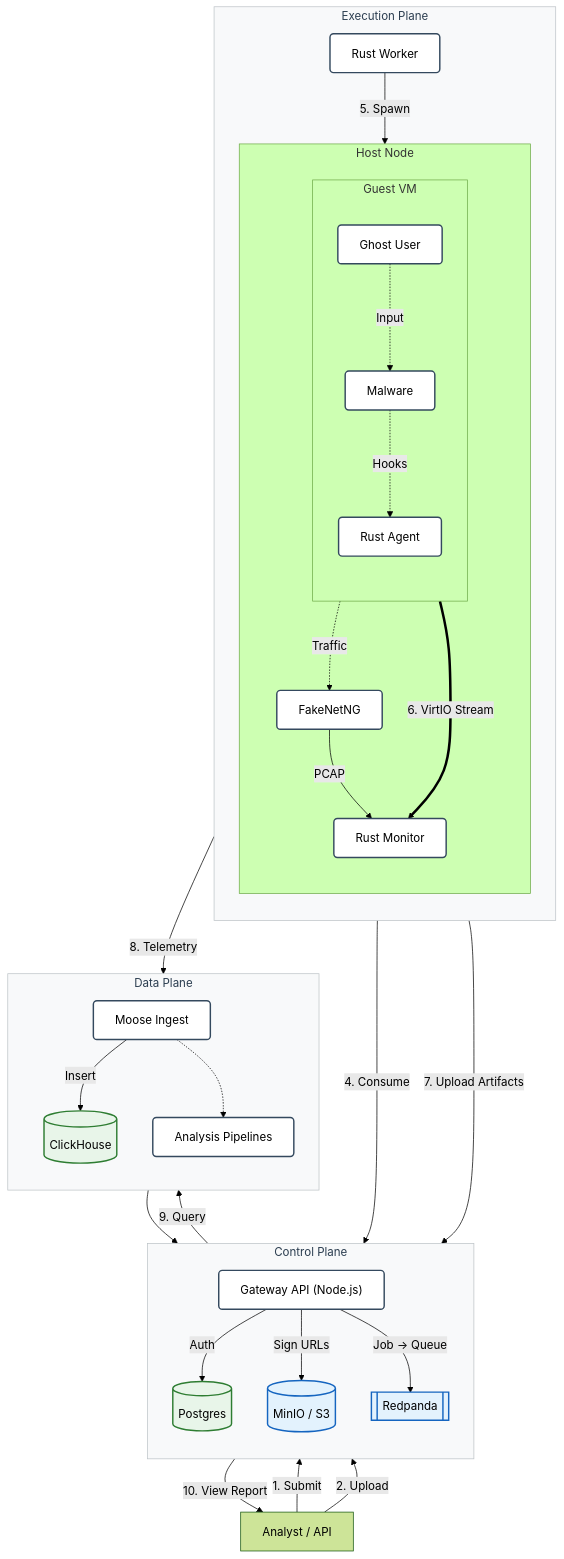
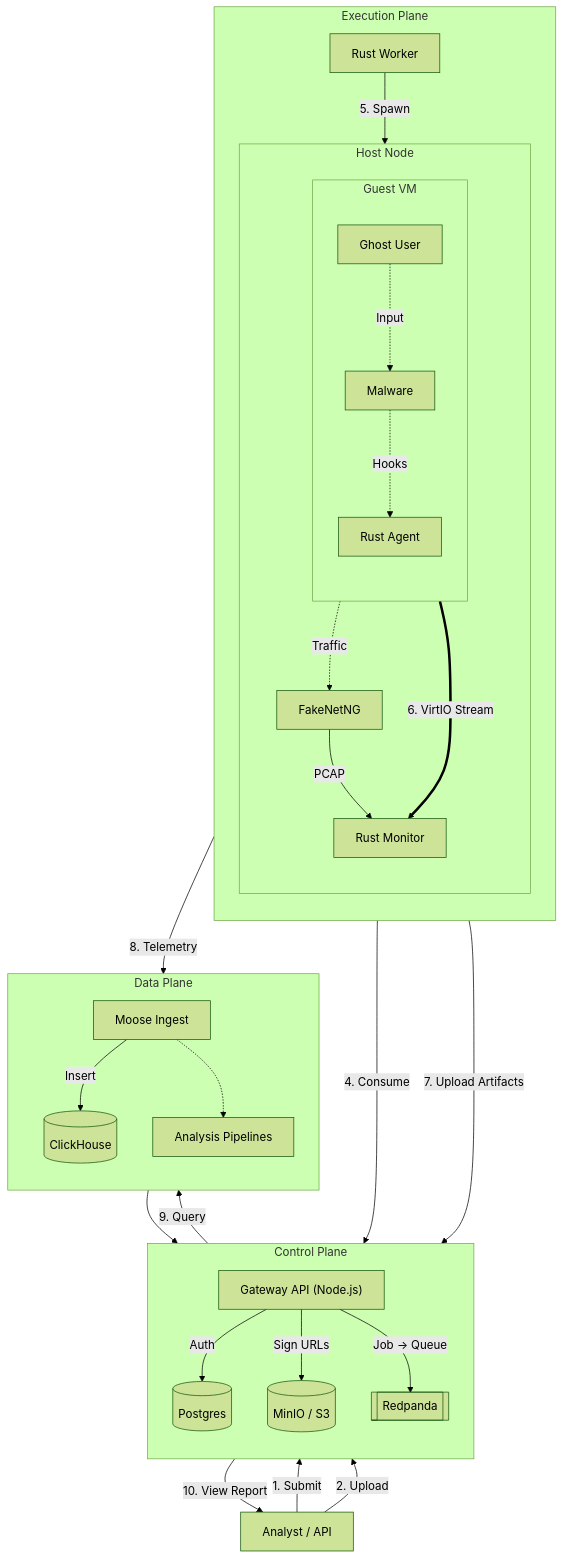
The diagram in README.md (Loonaro/loonaro-sandbox), drawn with Mermaid (forest theme) before and after one commit.

````diff
--- a/README.md
+++ b/README.md
@@ -11,82 +11,73 @@
 ```mermaid
 graph TD
-    %% --- Styles ---
-    classDef plane fill:#f8f9fa,stroke:#bdc3c7,stroke-width:1px,color:#2c3e50;
-    classDef component fill:#ffffff,stroke:#34495e,stroke-width:2px,rx:5,ry:5;
-    classDef storage fill:#e3f2fd,stroke:#1565c0,stroke-width:2px,rx:5,ry:5;
-    classDef db fill:#e8f5e9,stroke:#2e7d32,stroke-width:2px,rx:10,ry:10;
-
     %% --- Actors ---
     Analyst["Analyst / API"]
 
     %% --- Control Plane ---
     subgraph Control_Plane ["Control Plane"]
         direction TB
-        GW["Gateway API (Node.js)"]:::component
-        DB[("Postgres")]:::db
-        S3[("MinIO / S3")]:::storage
-        Queue[["Redpanda"]]:::storage
+        GW["Gateway API (Node.js)"]
+        DB[("Postgres")]
+        S3[("MinIO / S3")]
+        Queue[["Redpanda"]]
         
         GW -->|"Auth"| DB
         GW -->|"Sign URLs"| S3
         GW -->|"Job -> Queue"| Queue
     end
 
     Analyst -->|"1. Submit"| GW
     Analyst -->|"2. Upload"| S3
 
     %% --- Execution Plane ---
     subgraph Execution_Plane ["Execution Plane"]
         direction TB
-        Worker["Rust Worker"]:::component
+        Worker["Rust Worker"]
         
         subgraph Host_Hypervisor ["Host Node"]
             direction TB
-            Monitor["Rust Monitor"]:::component
-            FakeNet["FakeNetNG"]:::component
+            Monitor["Rust Monitor"]
+            FakeNet["FakeNetNG"]
             
             subgraph Sandbox ["Guest VM"]
                 direction TB
-                Agent["Rust Agent"]:::component
-                Malware["Malware"]:::component
-                Ghost["Ghost User"]:::component
+                Agent["Rust Agent"]
+                Malware["Malware"]
+                Ghost["Ghost User"]
                 
                 Malware -.->|"Hooks"| Agent
                 Ghost -.->|"Input"| Malware
             end
             
             %% Networking
             Malware -.->|"Traffic"| FakeNet
         end
         
         Worker -- "4. Consume" --> Queue
         Worker -- "5. Spawn" --> Monitor
         
         %% Pivot-Proof Data Flow
         Agent == "6. VirtIO Stream" ==> Monitor
     end
 
     %% --- Data & Artifacts ---
     subgraph Data_Plane ["Data Plane"]
         direction TB
-        Moose["Moose Ingest"]:::component
-        CH[("ClickHouse")]:::db
-        Pipelines["Analysis Pipelines"]:::component
+        Moose["Moose Ingest"]
+        CH[("ClickHouse")]
+        Pipelines["Analysis Pipelines"]
         
         Monitor -- "8. Telemetry" --> Moose
         Moose -- "Insert" --> CH
         Moose -.-> Pipelines
     end
 
     %% Artifact Flow (Direct Upload for Performance)
     Monitor -- "7. Upload Artifacts" --> S3
     FakeNet -- "PCAP" --> Monitor
     
     %% Reporting
     GW -- "9. Query" --> Moose
     Moose --> GW
     GW -->|"10. View Report"| Analyst
-
-    %% Internal Styling links
-    class Control_Plane,Execution_Plane,Data_Plane plane;
 ```
````
